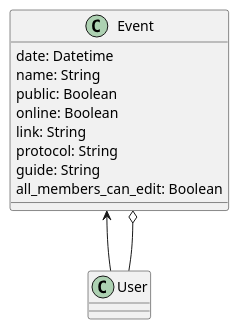
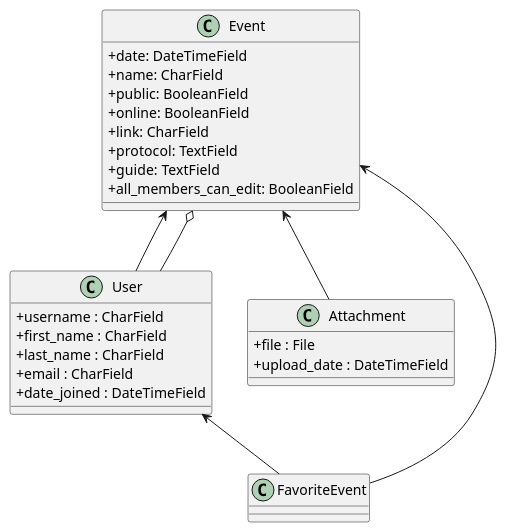
Before and after one commit to DricoGrosch/TCC-UDESC-DJANGO-APP: the diagram in clas.puml, drawn with PlantUML. The commit also changed 10 other files, not shown here.

```diff
--- a/clas.puml
+++ b/clas.puml
@@ -1,19 +1,33 @@
 @startuml
+skinparam classAttributeIconSize 0
 class Event {
-    date: Datetime
-    name: String
-    public: Boolean
-    online: Boolean
-    link: String
-    protocol: String
-    guide: String
-    all_members_can_edit: Boolean
+    +date: DateTimeField
+    +name: CharField
+    +public: BooleanField
+    +online: BooleanField
+    +link: CharField
+    +protocol: TextField
+    +guide: TextField
+    +all_members_can_edit: BooleanField
 }
 
 class User {
++username : CharField
++first_name : CharField
++last_name : CharField
++email : CharField
++date_joined : DateTimeField
 }
-
+class Attachment {
+    +file : File
+    +upload_date : DateTimeField
+}
+class FavoriteEvent {
+}
+Event <-- FavoriteEvent
+User <-- FavoriteEvent
+Event <-- Attachment
 Event <-- User
 Event o-- User
 
 @enduml
```
